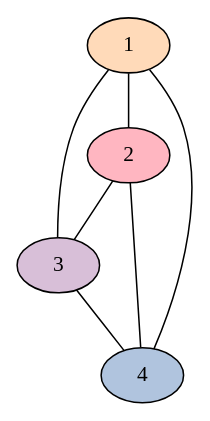
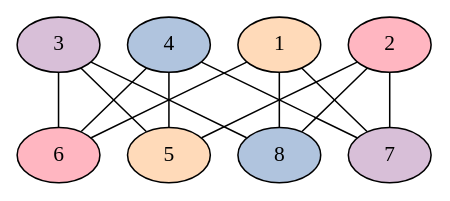
Before and after one commit to 4lesandr/DM_Sivoshenko_A: the diagram in lab-4/output/graph5_output.dot, drawn with Graphviz. The commit also changed 7 other files, not shown here.

```diff
--- a/lab-4/output/graph5_output.dot
+++ b/lab-4/output/graph5_output.dot
@@ -1,13 +1,23 @@
 // Хроматическое число: 4
 graph G {
     1 [style=filled, fillcolor=peachpuff];
+    6 [style=filled, fillcolor=lightpink];
+    5 [style=filled, fillcolor=peachpuff];
+    3 [style=filled, fillcolor=thistle];
+    8 [style=filled, fillcolor=lightsteelblue];
     2 [style=filled, fillcolor=lightpink];
-    3 [style=filled, fillcolor=thistle];
+    7 [style=filled, fillcolor=thistle];
     4 [style=filled, fillcolor=lightsteelblue];
-    3 -- 4;
-    2 -- 3;
-    2 -- 4;
-    1 -- 2;
-    1 -- 4;
-    1 -- 3;
+    4 -- 7;
+    4 -- 5;
+    4 -- 6;
+    3 -- 8;
+    3 -- 6;
+    3 -- 5;
+    2 -- 5;
+    2 -- 7;
+    2 -- 8;
+    1 -- 6;
+    1 -- 7;
+    1 -- 8;
 }
```
